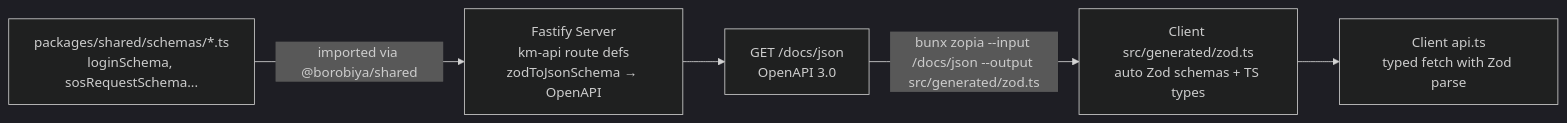
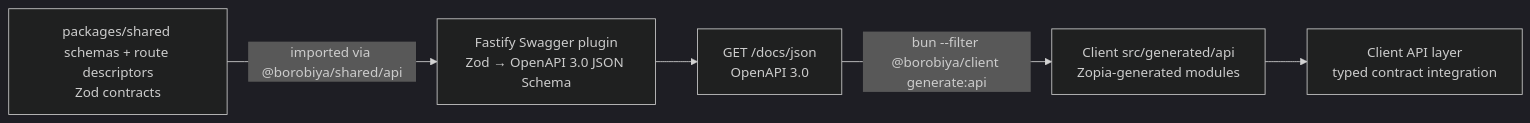
The diagram in docs/API.md (komeilm76/borobiya), drawn with Mermaid (dark theme) before and after one commit. The commit also changed other lines of this file and 15 other files, not shown here.

Commit message:
feat: wire OpenAPI docs and Zopia generation

````diff
--- a/docs/API.md
+++ b/docs/API.md
@@ -279,8 +279,8 @@
 ```mermaid
 flowchart LR
-  A[packages/shared/schemas/*.ts<br/>loginSchema, sosRequestSchema...]
-  A -->|imported via @borobiya/shared| B[Fastify Server<br/>km-api route defs<br/>zodToJsonSchema → OpenAPI]
+  A[packages/shared schemas + route descriptors<br/>Zod contracts]
+  A -->|imported via @borobiya/shared/api| B[Fastify Swagger plugin<br/>Zod → OpenAPI 3.0 JSON Schema]
   B --> C[GET /docs/json<br/>OpenAPI 3.0]
-  C -->|bunx zopia --input /docs/json --output src/generated/zod.ts| D[Client src/generated/zod.ts<br/>auto Zod schemas + TS types]
-  D --> E[Client api.ts<br/>typed fetch with Zod parse]
+  C -->|bun --filter @borobiya/client generate:api| D[Client src/generated/api<br/>Zopia-generated modules]
+  D --> E[Client API layer<br/>typed contract integration]
 ```
````
